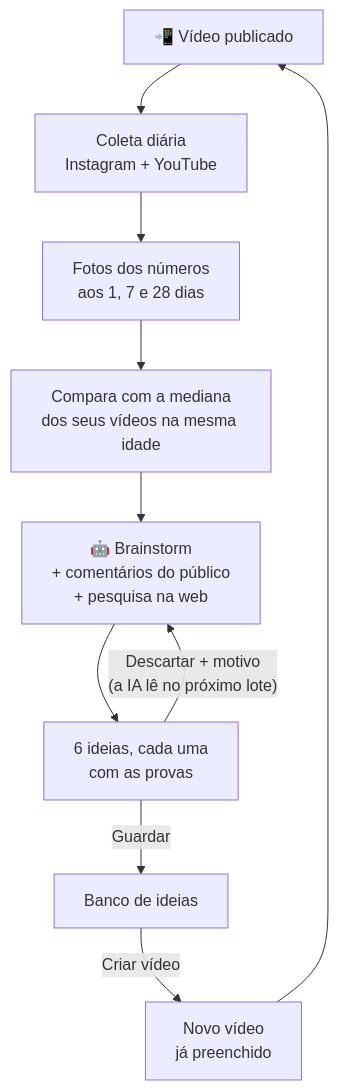
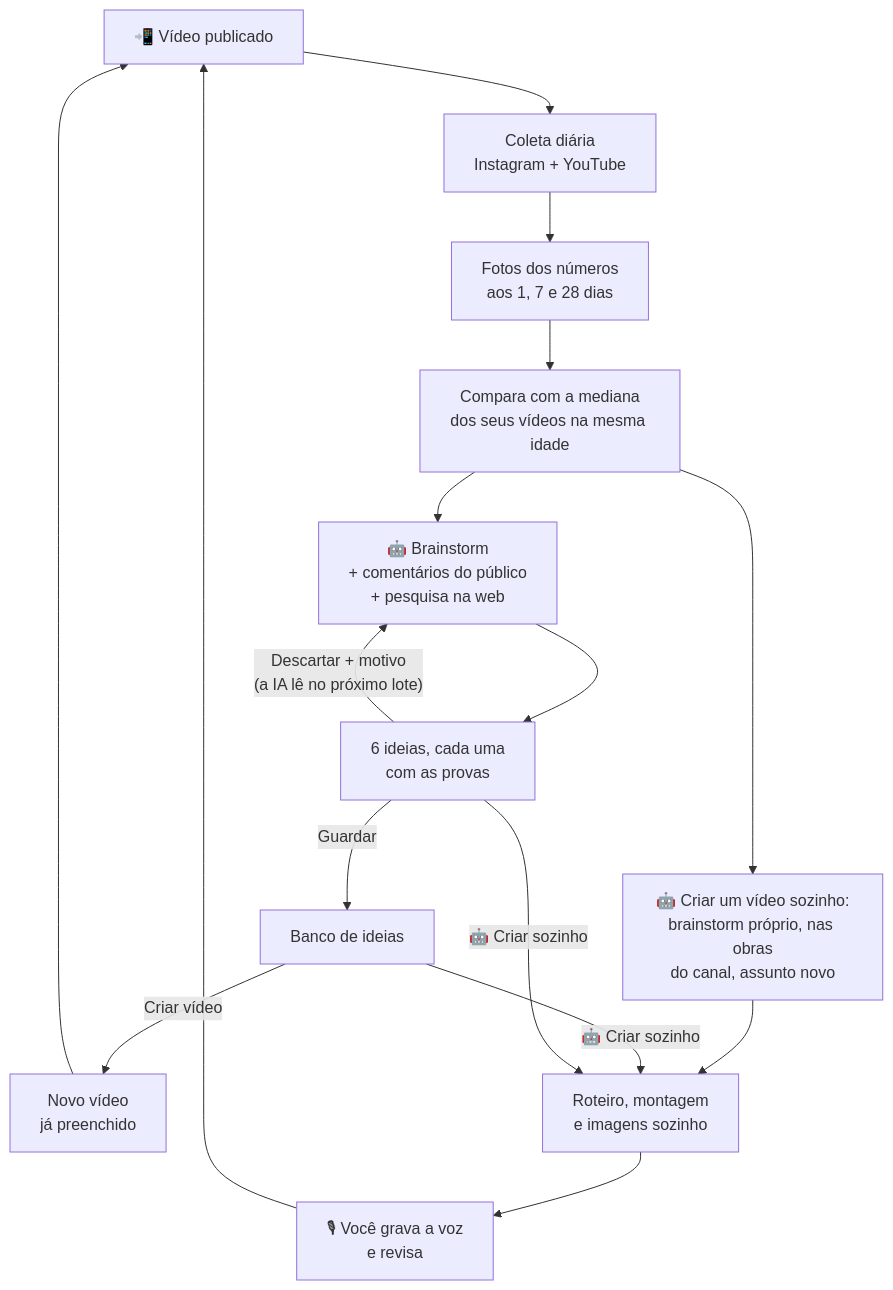
The diagram in docs/diagramas/13-ciclo-das-ideias.mmd (Edugiyuu/InstaSearch), drawn with Mermaid before and after one commit. The commit also changed 24 other files, not shown here.

First line of the commit message:
feat: criar vídeo sozinho, da ideia até "falta gravar a voz" (ADR 0026)

```diff
--- a/docs/diagramas/13-ciclo-das-ideias.mmd
+++ b/docs/diagramas/13-ciclo-das-ideias.mmd
@@ -1,10 +1,16 @@
 flowchart TD
     PUB["📲 Vídeo publicado"] --> COL["Coleta diária<br/>Instagram + YouTube"]
     COL --> FOT["Fotos dos números<br/>aos 1, 7 e 28 dias"]
     FOT --> CMP["Compara com a mediana<br/>dos seus vídeos na mesma idade"]
     CMP --> BR["🤖 Brainstorm<br/>+ comentários do público<br/>+ pesquisa na web"]
     BR --> ID["6 ideias, cada uma<br/>com as provas"]
     ID -- "Guardar" --> BANK["Banco de ideias"]
     ID -- "Descartar + motivo<br/>(a IA lê no próximo lote)" --> BR
     BANK -- "Criar vídeo" --> NEW["Novo vídeo<br/>já preenchido"]
     NEW --> PUB
+    CMP --> OWN["🤖 Criar um vídeo sozinho:<br/>brainstorm próprio, nas obras<br/>do canal, assunto novo"]
+    OWN --> AUTO["Roteiro, montagem<br/>e imagens sozinho"]
+    BANK -- "🤖 Criar sozinho" --> AUTO
+    ID -- "🤖 Criar sozinho" --> AUTO
+    AUTO --> VOZ["🎙 Você grava a voz<br/>e revisa"]
+    VOZ --> PUB
```
